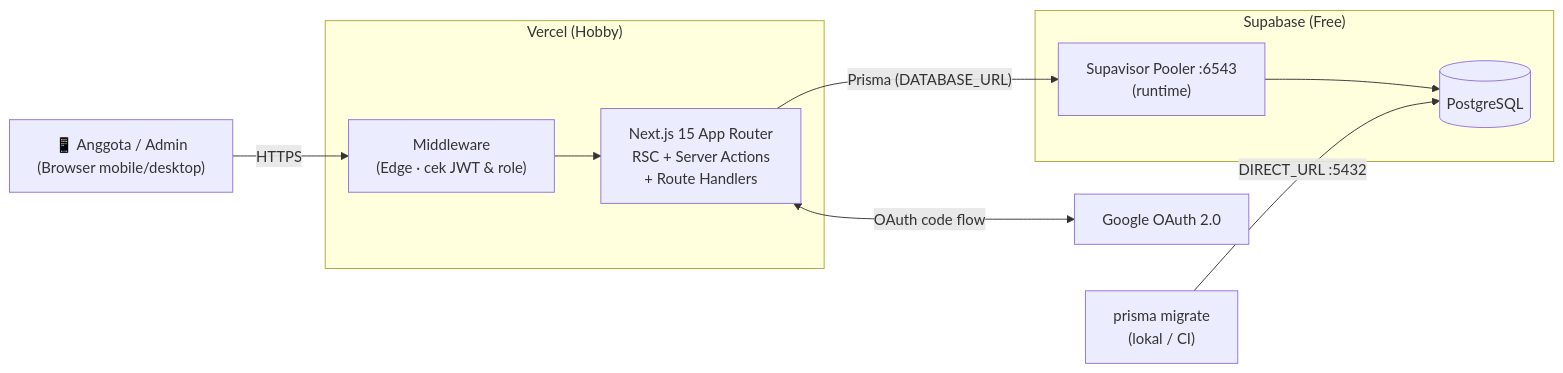
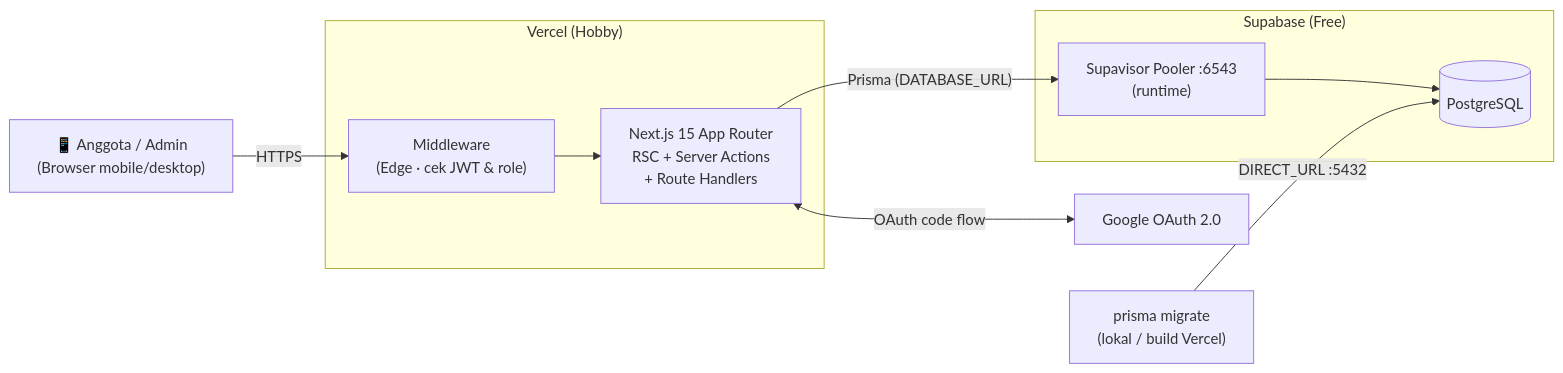
Before and after one commit to rikoaderinanda/habit-assic: the second of 5 diagrams in docs/ARCHITECTURE.md, drawn with Mermaid. The commit also changed other lines of this file and 8 other files, not shown here.

````diff
--- a/docs/ARCHITECTURE.md
+++ b/docs/ARCHITECTURE.md
@@ -182,20 +182,20 @@
 ```mermaid
 flowchart LR
     U["📱 Anggota / Admin<br/>(Browser mobile/desktop)"]
     G["Google OAuth 2.0"]
 
     subgraph Vercel["Vercel (Hobby)"]
         MW["Middleware<br/>(Edge · cek JWT & role)"]
         APP["Next.js 15 App Router<br/>RSC + Server Actions<br/>+ Route Handlers"]
     end
 
     subgraph Supabase["Supabase (Free)"]
         POOL["Supavisor Pooler :6543<br/>(runtime)"]
         PG[("PostgreSQL")]
     end
 
     U -- HTTPS --> MW --> APP
     APP <-- "OAuth code flow" --> G
     APP -- "Prisma (DATABASE_URL)" --> POOL --> PG
-    DEV["prisma migrate<br/>(lokal / CI)"] -- "DIRECT_URL :5432" --> PG
+    DEV["prisma migrate<br/>(lokal / build Vercel)"] -- "DIRECT_URL :5432" --> PG
 ```
````
